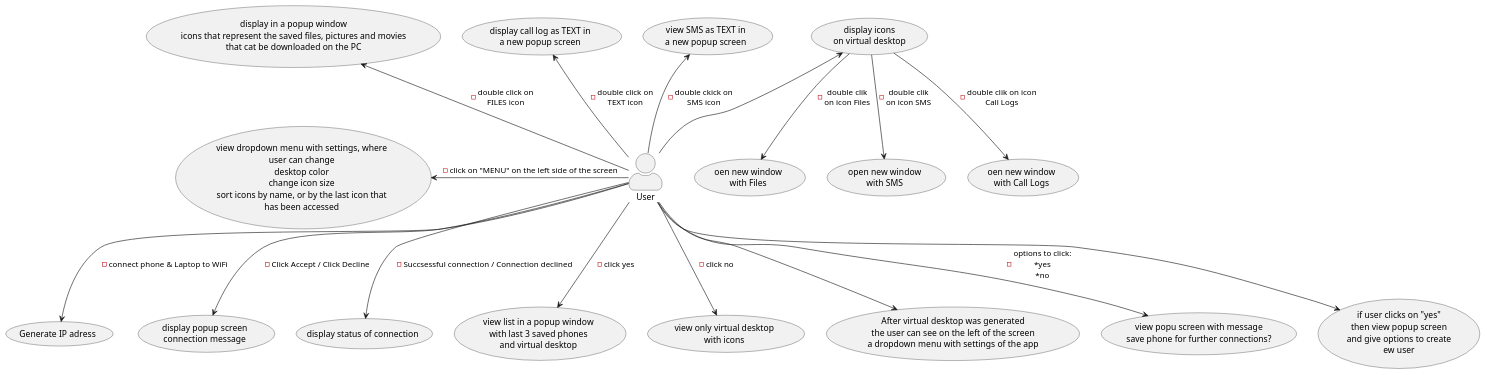
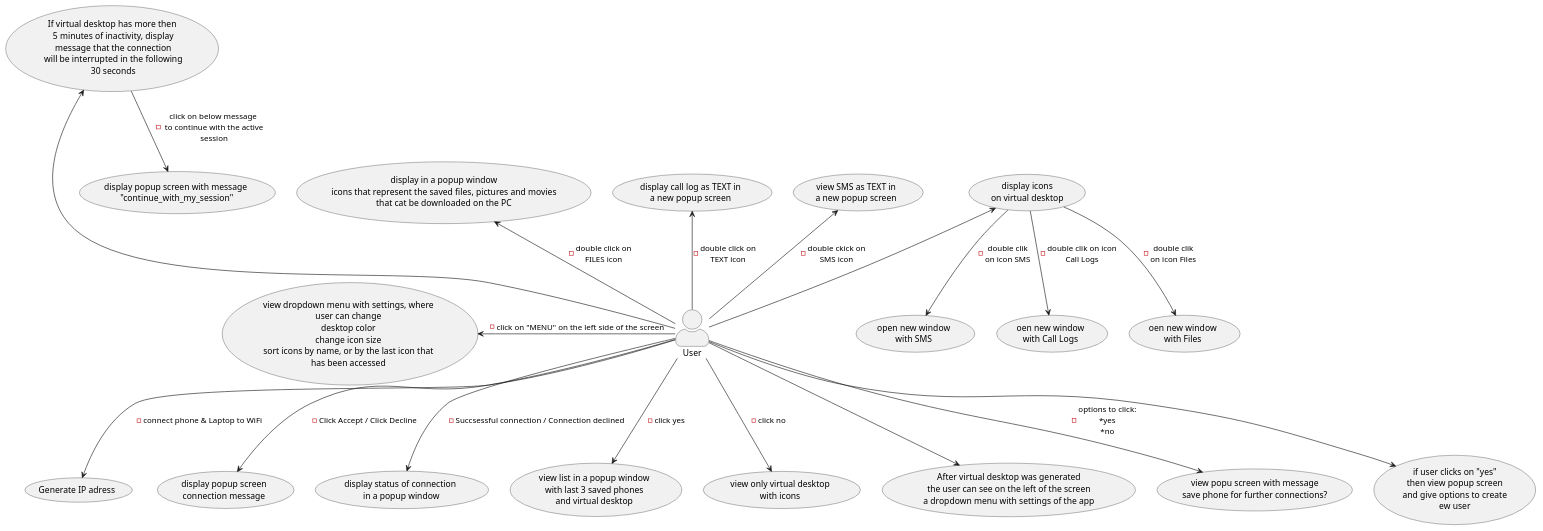
One commit to ofrasia/Remote_Phone_App_1 changed the diagram in Remote_Phone_App_1.puml. Above: the diagram before and after it, drawn with PlantUML. The commit also changed 3 other files, not shown here.

```diff
--- a/Remote_Phone_App_1.puml
+++ b/Remote_Phone_App_1.puml
@@ -1,20 +1,21 @@
 @startuml
 skinparam actorStyle awesome
 User -->(Generate IP adress) :- connect phone & Laptop to WiFi
 User --> (display popup screen\nconnection message) :- Click Accept / Click Decline
-User --> (display status of connection) :- Succsessful connection / Connection declined
+User --> (display status of connection\n in a popup window) :- Succsessful connection / Connection declined
 User -->(view list in a popup window\nwith last 3 saved phones\nand virtual desktop) :- click yes
 User -->(view only virtual desktop\nwith icons) :- click no
 User --> (After virtual desktop was generated\nthe user can see on the left of the screen\na dropdown menu with settings of the app)
 :User: -up-> (display icons\non virtual desktop)
 (display icons\non virtual desktop) --> (open new window\nwith SMS) :-double clik \non icon SMS
 (display icons\non virtual desktop) -->(oen new window\nwith Call Logs) :-double clik on icon\nCall Logs
 (display icons\non virtual desktop) --> (oen new window\nwith Files) :-double clik \non icon Files
 :User: -up-> (view SMS as TEXT in\na new popup screen) :- double ckick on\nSMS icon
 :User: -up-> (display call log as TEXT in\na new popup screen) :- double click on\nTEXT icon
 :User: -left-> (view dropdown menu with settings, where\nuser can change\ndesktop color\nchange icon size\nsort icons by name, or by the last icon that\nhas been accessed) :- click on "MENU" on the left side of the screen
 :User: -down-> (view popu screen with message\nsave phone for further connections?) :- options to click:\n*yes\n*no
 :User: -down-> (if user clicks on "yes"\nthen view popup screen\nand give options to create\new user)
 :User: -up-> (display in a popup window\nicons that represent the saved files, pictures and movies\nthat cat be downloaded on the PC) :-double click on\nFILES icon
-
+:User: -up--> (If virtual desktop has more then\n 5 minutes of inactivity, display\n message that the connection\n will be interrupted in the following\n 30 seconds)
+(If virtual desktop has more then\n 5 minutes of inactivity, display\n message that the connection\n will be interrupted in the following\n 30 seconds) -->(display popup screen with message\n "continue_with_my_session") :- click on below message\n to continue with the active\n session
 @enduml
```
